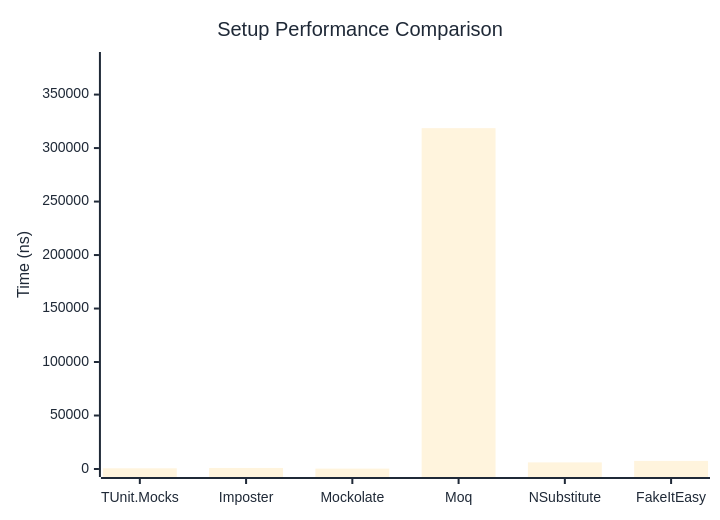
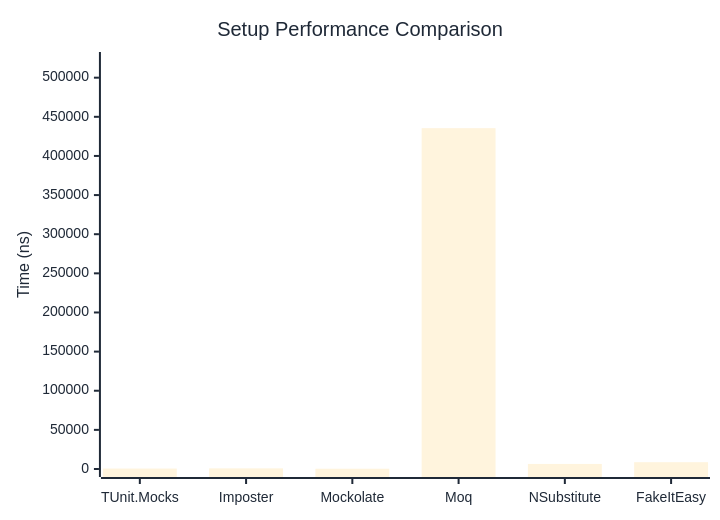
Before and after one commit to thomhurst/TUnit: the first of 2 diagrams in docs/docs/benchmarks/mocks/Setup.md, drawn with Mermaid. The commit also changed other lines of this file and 14 other files, not shown here.

````diff
--- a/docs/docs/benchmarks/mocks/Setup.md
+++ b/docs/docs/benchmarks/mocks/Setup.md
@@ -30,27 +30,27 @@
 ```mermaid
 %%{init: {
   'theme':'base',
   'themeVariables': {
     'primaryColor': '#2563eb',
     'primaryTextColor': '#1f2937',
     'primaryBorderColor': '#1e40af',
     'lineColor': '#6b7280',
     'secondaryColor': '#7c3aed',
     'tertiaryColor': '#dc2626',
     'background': '#ffffff',
     'pie1': '#2563eb',
     'pie2': '#7c3aed',
     'pie3': '#dc2626',
     'pie4': '#f59e0b',
     'pie5': '#10b981',
     'pie6': '#06b6d4',
     'pie7': '#ec4899',
     'pie8': '#6366f1'
   }
 }}%%
 xychart-beta
   title "Setup Performance Comparison"
   x-axis ["TUnit.Mocks", "Imposter", "Mockolate", "Moq", "NSubstitute", "FakeItEasy"]
-  y-axis "Time (ns)" 0 --> 382331
-  bar [645.5, 960.7, 370.3, 318608.7, 6183.3, 7574.7]
+  y-axis "Time (ns)" 0 --> 522588
+  bar [554.8, 806.6, 322.1, 435489.9, 6469, 8700.2]
 ```
````
